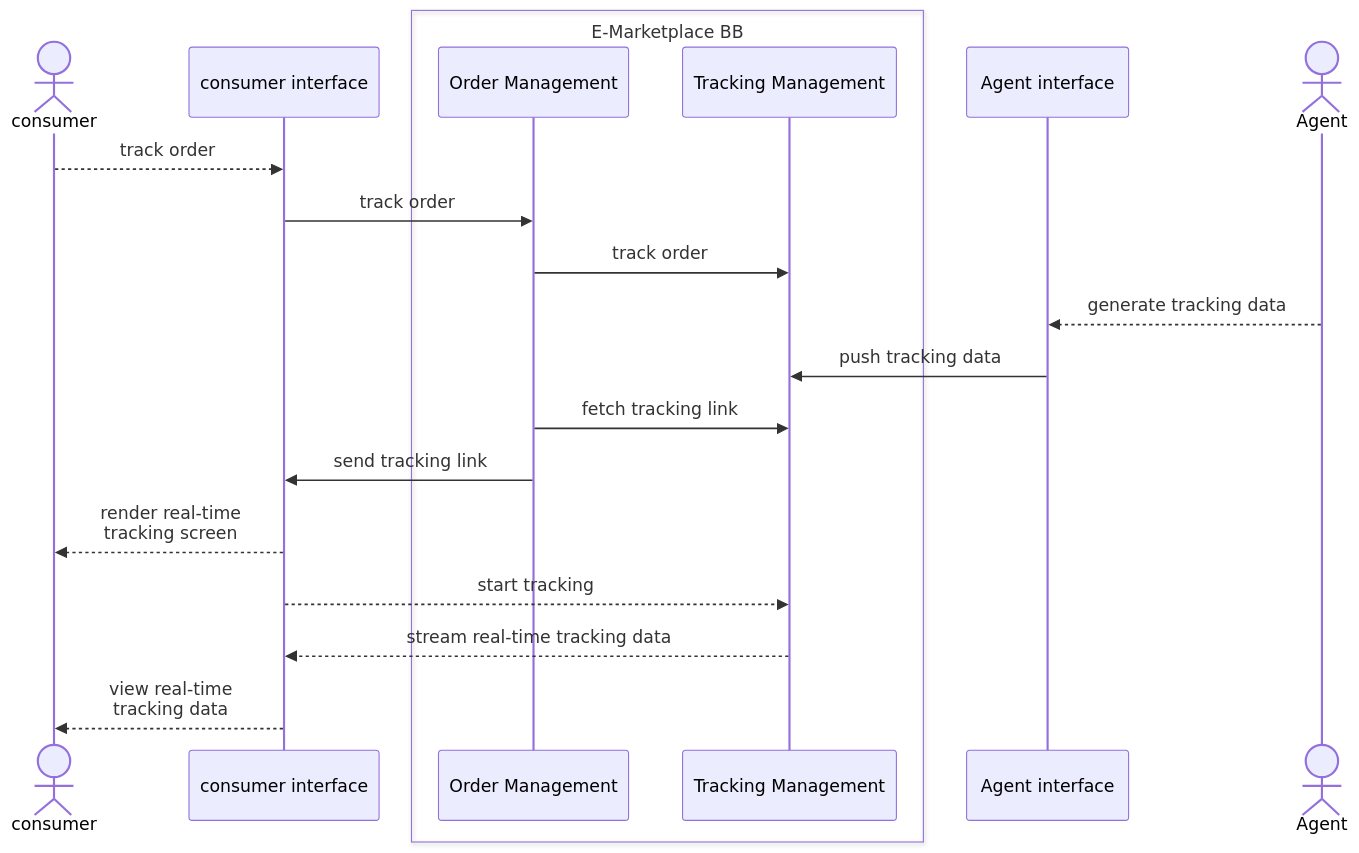
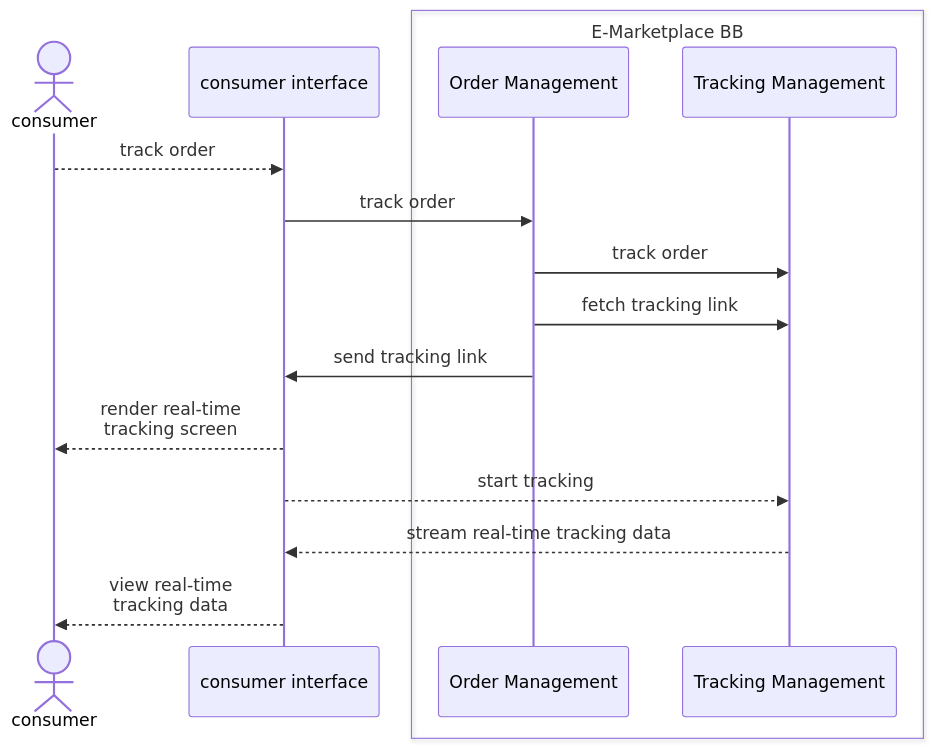
Before and after one commit to GovStackWorkingGroup/bb-emarketplace: the tenth of 14 diagrams in spec/9-workflows.md, drawn with Mermaid. The commit also changed other lines of this file, not shown here.

````diff
--- a/spec/9-workflows.md
+++ b/spec/9-workflows.md
@@ -249,23 +266,19 @@
 ```mermaid
 sequenceDiagram
     Actor consumer
     participant consumer interface
     box E-Marketplace BB
     participant Order Management
     participant Tracking Management
     end
-    participant Agent interface
-    Actor Agent
     consumer-->>consumer interface: track order
     consumer interface->>Order Management: track order
     Order Management->>Tracking Management: track order
-    Agent-->>Agent interface: generate tracking data
-    Agent interface->>Tracking Management: push tracking data
     Order Management->> Tracking Management: fetch tracking link
     Order Management->> consumer interface: send tracking link
     consumer interface-->>consumer: render real-time <br/> tracking screen
     consumer interface-->>Tracking Management: start tracking
     Tracking Management-->>consumer interface: stream real-time tracking data
     consumer interface-->>consumer: view real-time <br/> tracking data
     
 ```
````
